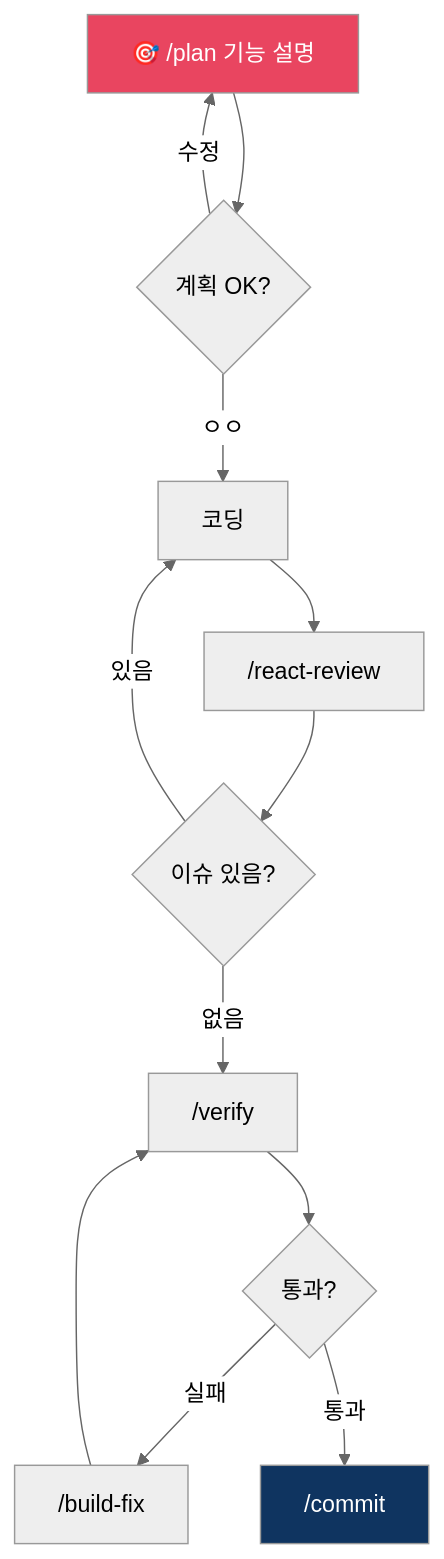
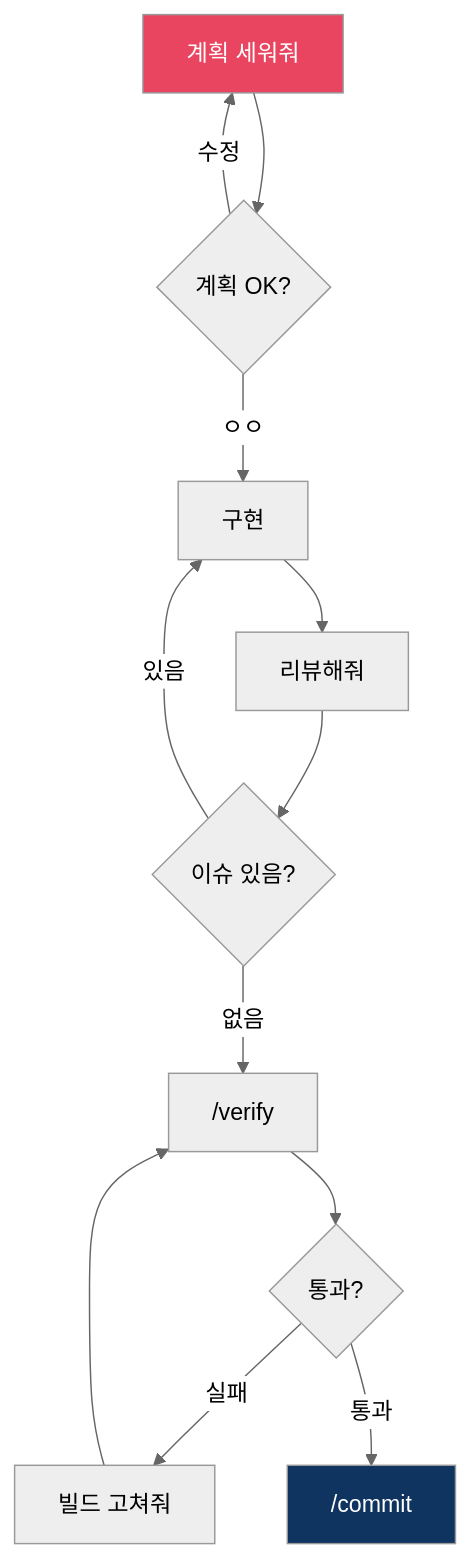
One commit to wooinwoo/claude-code changed the third of 8 diagrams in docs/react-next-guide.md. Above: the diagram before and after it, drawn with Mermaid (neutral theme). The commit also changed other lines of this file and 47 other files, not shown here.

````diff
--- a/docs/react-next-guide.md
+++ b/docs/react-next-guide.md
@@ -179,17 +99,17 @@
 ```mermaid
 flowchart TD
-    A["🎯 /plan 기능 설명"] --> B{"계획 OK?"}
+    A["계획 세워줘"] --> B{"계획 OK?"}
     B -->|수정| A
-    B -->|ㅇㅇ| C[코딩]
-    C --> D["/react-review"]
+    B -->|ㅇㅇ| C[구현]
+    C --> D["리뷰해줘"]
     D --> E{이슈 있음?}
     E -->|있음| C
     E -->|없음| F["/verify"]
     F --> G{통과?}
-    G -->|실패| H["/build-fix"]
+    G -->|실패| H["빌드 고쳐줘"]
     H --> F
     G -->|통과| I["/commit"]
 
     style A fill:#e94560,color:#fff
     style I fill:#0f3460,color:#fff
 ```
````
